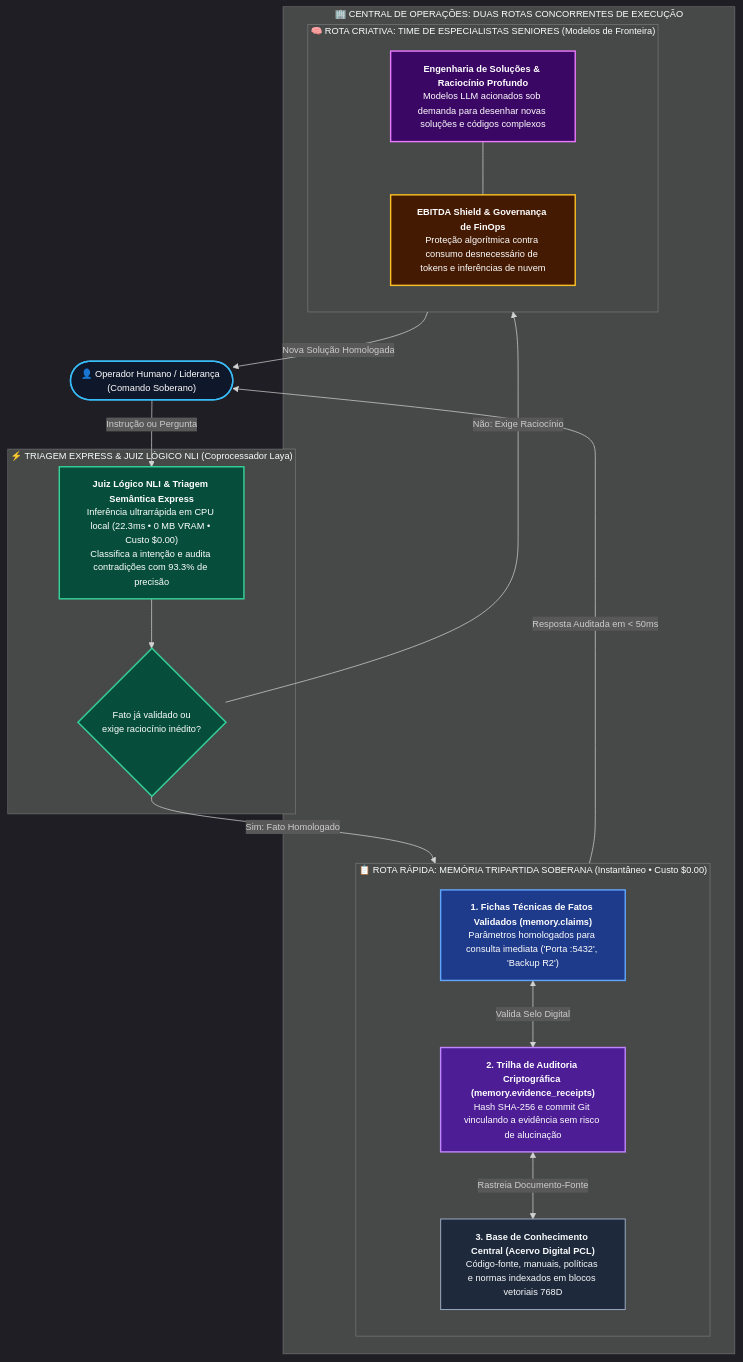
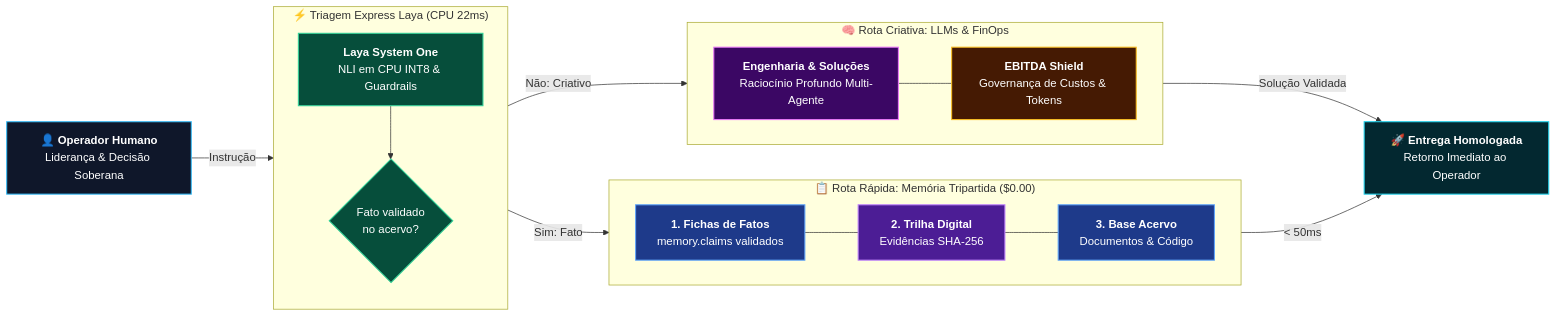
The diagram in docs/architecture-v2-executive-guide.md (EnterDufter/PromptCoreLabs_AEOS), drawn with Mermaid before and after one commit. The commit also changed 8 other files, not shown here.

Commit message:
docs(mermaid): padronizar 15 diagramas calibrados v7 no repo, github pages e skill cortex

````diff
--- a/docs/architecture-v2-executive-guide.md
+++ b/docs/architecture-v2-executive-guide.md
@@ -20,45 +20,42 @@
 ```mermaid
-%%{init: {'theme': 'dark', 'themeVariables': { 'fontSize': '13px', 'fontFamily': 'Inter, sans-serif' }}}%%
-flowchart TD
-    classDef cliente fill:#0f172a,stroke:#38bdf8,stroke-width:2px,color:#ffffff;
-    classDef portaria fill:#064e3b,stroke:#34d399,stroke-width:2px,color:#ffffff;
-    classDef memRota fill:#1e3a8a,stroke:#60a5fa,stroke-width:2px,color:#ffffff;
-    classDef auditRota fill:#4c1d95,stroke:#c084fc,stroke-width:2px,color:#ffffff;
-    classDef biblioRota fill:#1e293b,stroke:#94a3b8,stroke-width:1.5px,color:#f8fafc;
-    classDef especRota fill:#3b0764,stroke:#e879f9,stroke-width:2px,color:#ffffff;
-    classDef shield fill:#451a03,stroke:#fbbf24,stroke-width:2px,color:#ffffff;
+flowchart LR
+    classDef cliente fill:#0f172a,stroke:#38bdf8,stroke-width:1.5px,color:#ffffff;
+    classDef laya fill:#064e3b,stroke:#34d399,stroke-width:1.5px,color:#ffffff;
+    classDef mem fill:#1e3a8a,stroke:#60a5fa,stroke-width:1.5px,color:#ffffff;
+    classDef audit fill:#4c1d95,stroke:#c084fc,stroke-width:1.5px,color:#ffffff;
+    classDef llm fill:#3b0764,stroke:#e879f9,stroke-width:1.5px,color:#ffffff;
+    classDef shield fill:#451a03,stroke:#fbbf24,stroke-width:1.5px,color:#ffffff;
+    classDef output fill:#032830,stroke:#22d3ee,stroke-width:1.5px,color:#ffffff;
 
-    Cliente(["👤 Operador Humano / Liderança (Comando Soberano)"]):::cliente
+    User["👤 <b>Operador Humano</b><br/>Liderança & Decisão Soberana"]:::cliente
 
-    subgraph Portaria["⚡ TRIAGEM EXPRESS & JUIZ LÓGICO NLI (Coprocessador Laya)"]
-        Laya["<b>Juiz Lógico NLI & Triagem Semântica Express</b><br/>Inferência ultrarrápida em CPU local (22.3ms • 0 MB VRAM • Custo $0.00)<br/>Classifica a intenção e audita contradições com 93.3% de precisão"]:::portaria
-        Filtro{"Fato já validado ou<br/>exige raciocínio inédito?"}:::portaria
-        Laya --> Filtro
+    subgraph Triagem ["⚡ Triagem Express Laya (CPU 22ms)"]
+        direction TB
+        Laya["<b>Laya System One</b><br/>NLI em CPU INT8 & Guardrails"]:::laya
+        Decisao{"Fato validado<br/>no acervo?"}:::laya
+        Laya --> Decisao
     end
 
-    subgraph Execucao["🏢 CENTRAL DE OPERAÇÕES: DUAS ROTAS CONCORRENTES DE EXECUÇÃO"]
-        subgraph MemoriaPCL["📋 ROTA RÁPIDA: MEMÓRIA TRIPARTIDA SOBERANA (Instantâneo • Custo $0.00)"]
-            direction TB
-            Claims["<b>1. Fichas Técnicas de Fatos Validados (memory.claims)</b><br/>Parâmetros homologados para consulta imediata ('Porta :5432', 'Backup R2')"]:::memRota
-            Recibos["<b>2. Trilha de Auditoria Criptográfica (memory.evidence_receipts)</b><br/>Hash SHA-256 e commit Git vinculando a evidência sem risco de alucinação"]:::auditRota
-            Docs["<b>3. Base de Conhecimento Central (Acervo Digital PCL)</b><br/>Código-fonte, manuais, políticas e normas indexados em blocos vetoriais 768D"]:::biblioRota
-            Claims <-->|"Valida Selo Digital"| Recibos
-            Recibos <-->|"Rastreia Documento-Fonte"| Docs
-        end
-
-        subgraph Especialistas["🧠 ROTA CRIATIVA: TIME DE ESPECIALISTAS SENIORES (Modelos de Fronteira)"]
-            direction TB
-            LLM["<b>Engenharia de Soluções & Raciocínio Profundo</b><br/>Modelos LLM acionados sob demanda para desenhar novas soluções e códigos complexos"]:::especRota
-            Shield["<b>EBITDA Shield & Governança de FinOps</b><br/>Proteção algorítmica contra consumo desnecessário de tokens e inferências de nuvem"]:::shield
-            LLM --- Shield
-        end
+    subgraph RotaRapida ["📋 Rota Rápida: Memória Tripartida ($0.00)"]
+        direction LR
+        Claims["<b>1. Fichas de Fatos</b><br/>memory.claims validados"]:::mem
+        Receipts["<b>2. Trilha Digital</b><br/>Evidências SHA-256"]:::audit
+        Kb["<b>3. Base Acervo</b><br/>Documentos & Código"]:::mem
+        Claims --- Receipts --- Kb
     end
 
-    %% Fluxos Operacionais Claros
-    Cliente -->|"Instrução ou Pergunta"| Laya
-    Filtro -->|"Sim: Fato Homologado"| Claims
-    Recibos -->|"Resposta Auditada em < 50ms"| Cliente
+    subgraph RotaCriativa ["🧠 Rota Criativa: LLMs & FinOps"]
+        direction LR
+        Modelos["<b>Engenharia & Soluções</b><br/>Raciocínio Profundo Multi-Agente"]:::llm
+        FinOps["<b>EBITDA Shield</b><br/>Governança de Custos & Tokens"]:::shield
+        Modelos --- FinOps
+    end
 
-    Filtro -->|"Não: Exige Raciocínio"| LLM
-    Shield -->|"Nova Solução Homologada"| Cliente
+    Output["🚀 <b>Entrega Homologada</b><br/>Retorno Imediato ao Operador"]:::output
+
+    User -->|"Instrução"| Laya
+    Decisao -->|"Sim: Fato"| Claims
+    Decisao -->|"Não: Criativo"| Modelos
+    Receipts -->|"< 50ms"| Output
+    FinOps -->|"Solução Validada"| Output
 ```
````
